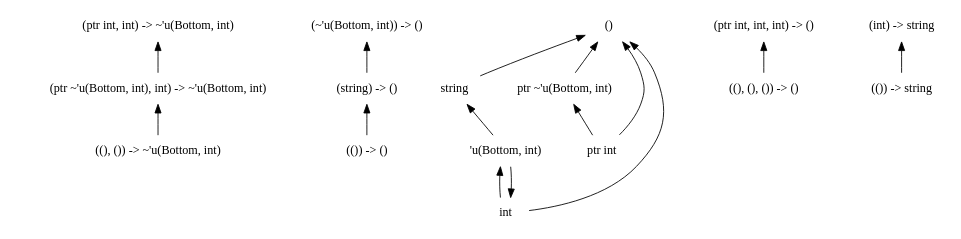
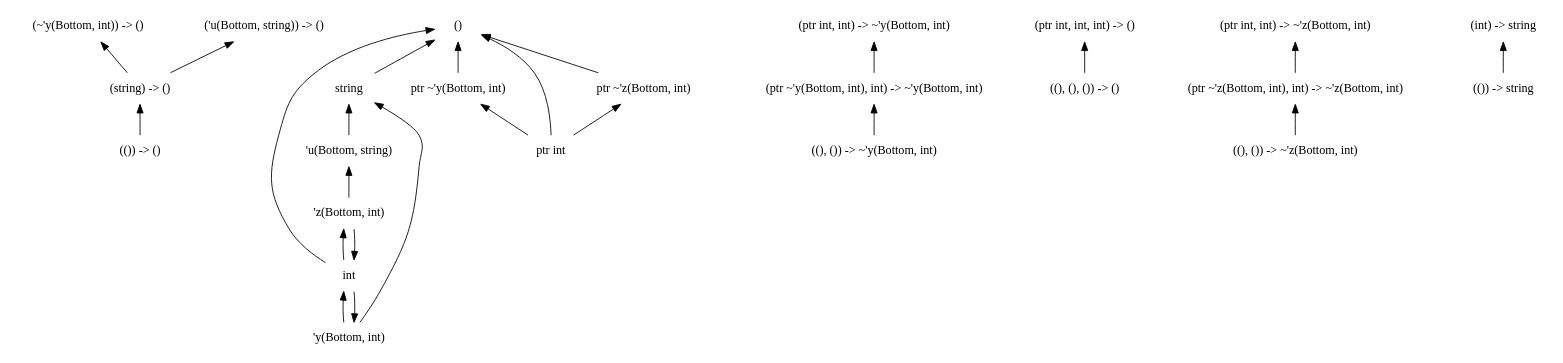
One commit to chocobo333/regino changed the diagram in dots/17.dot. Above: the diagram before and after it, drawn with Graphviz. The commit also changed 29 other files, not shown here.

```diff
--- a/dots/17.dot
+++ b/dots/17.dot
@@ -1,41 +1,57 @@
 digraph order {
   graph [
     size = "30,10"
     ];
   node [
     shape = none
     ];
   edge [
     dir = back
     ];
-  "(ptr int, int) -> ~'u(Bottom, int)"
   "(string) -> ()"
   "(()) -> ()"
   "string"
-  "((), ()) -> ~'u(Bottom, int)"
-  "(ptr ~'u(Bottom, int), int) -> ~'u(Bottom, int)"
-  "'u(Bottom, int)"
-  "ptr ~'u(Bottom, int)"
+  "'u(Bottom, string)"
+  "(ptr ~'y(Bottom, int), int) -> ~'y(Bottom, int)"
   "(ptr int, int, int) -> ()"
   "()"
+  "(ptr int, int) -> ~'z(Bottom, int)"
+  "((), ()) -> ~'z(Bottom, int)"
+  "'z(Bottom, int)"
+  "(~'y(Bottom, int)) -> ()"
+  "'y(Bottom, int)"
+  "(ptr int, int) -> ~'y(Bottom, int)"
+  "(ptr ~'z(Bottom, int), int) -> ~'z(Bottom, int)"
   "ptr int"
   "((), (), ()) -> ()"
+  "ptr ~'z(Bottom, int)"
   "(()) -> string"
-  "(~'u(Bottom, int)) -> ()"
+  "('u(Bottom, string)) -> ()"
   "(int) -> string"
+  "ptr ~'y(Bottom, int)"
   "int"
-  "(ptr int, int) -> ~'u(Bottom, int)" -> "(ptr ~'u(Bottom, int), int) -> ~'u(Bottom, int)"
+  "((), ()) -> ~'y(Bottom, int)"
+  "(ptr int, int) -> ~'z(Bottom, int)" -> "(ptr ~'z(Bottom, int), int) -> ~'z(Bottom, int)"
   "(string) -> ()" -> "(()) -> ()"
-  "string" -> "'u(Bottom, int)"
-  "(~'u(Bottom, int)) -> ()" -> "(string) -> ()"
-  "(ptr ~'u(Bottom, int), int) -> ~'u(Bottom, int)" -> "((), ()) -> ~'u(Bottom, int)"
+  "'z(Bottom, int)" -> "int"
+  "(~'y(Bottom, int)) -> ()" -> "(string) -> ()"
+  "'y(Bottom, int)" -> "int"
+  "(ptr int, int) -> ~'y(Bottom, int)" -> "(ptr ~'y(Bottom, int), int) -> ~'y(Bottom, int)"
+  "string" -> "'u(Bottom, string)"
+  "string" -> "'y(Bottom, int)"
+  "(ptr ~'z(Bottom, int), int) -> ~'z(Bottom, int)" -> "((), ()) -> ~'z(Bottom, int)"
+  "ptr ~'z(Bottom, int)" -> "ptr int"
+  "('u(Bottom, string)) -> ()" -> "(string) -> ()"
   "(int) -> string" -> "(()) -> string"
-  "'u(Bottom, int)" -> "int"
-  "ptr ~'u(Bottom, int)" -> "ptr int"
+  "'u(Bottom, string)" -> "'z(Bottom, int)"
+  "(ptr ~'y(Bottom, int), int) -> ~'y(Bottom, int)" -> "((), ()) -> ~'y(Bottom, int)"
+  "ptr ~'y(Bottom, int)" -> "ptr int"
   "(ptr int, int, int) -> ()" -> "((), (), ()) -> ()"
-  "int" -> "'u(Bottom, int)"
+  "int" -> "'y(Bottom, int)"
+  "int" -> "'z(Bottom, int)"
   "()" -> "string"
-  "()" -> "ptr ~'u(Bottom, int)"
+  "()" -> "ptr ~'z(Bottom, int)"
+  "()" -> "ptr ~'y(Bottom, int)"
   "()" -> "int"
   "()" -> "ptr int"
 }
```
